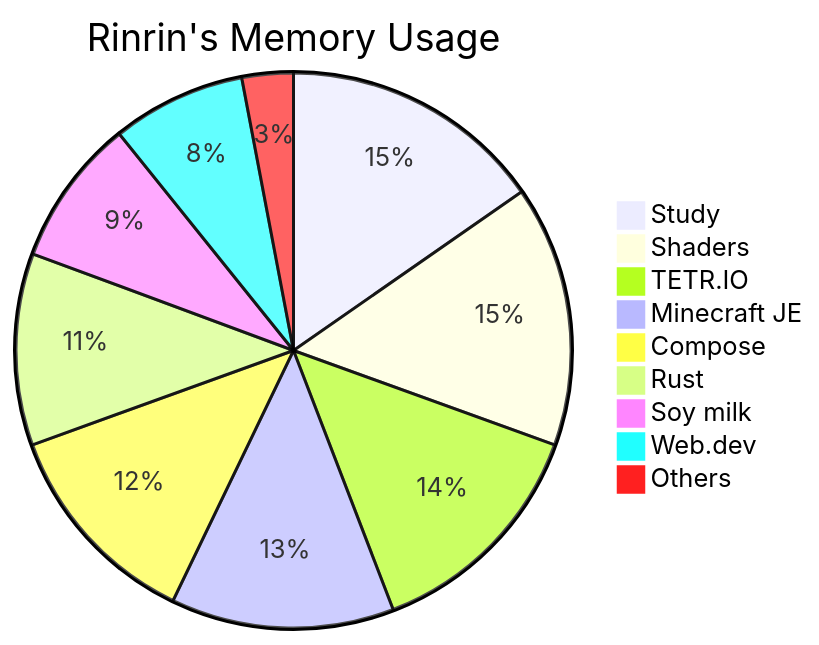
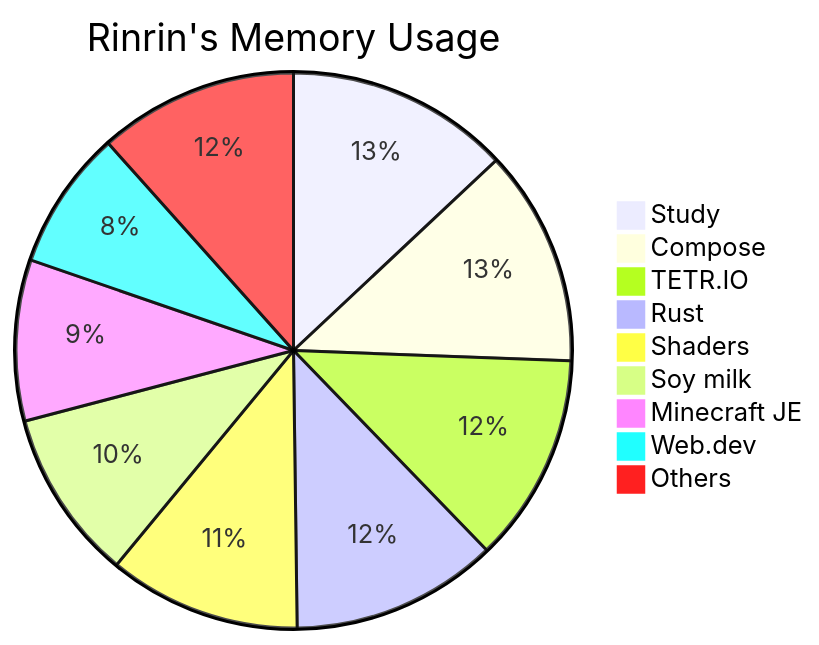
The diagram in README.md (Rinrin0413/Rinrin0413), drawn with Mermaid before and after one commit.

Commit message:
🔖 Update: Rinrin's Memory Usage

````diff
--- a/README.md
+++ b/README.md
@@ -77,12 +77,12 @@
 ```mermaid
 pie title Rinrin's Memory Usage
-    "Study": 118
-    "Shaders": 117
-    "TETR.IO": 105
-    "Minecraft JE": 100
-    "Compose": 95
+    "Study": 93
+    "Compose": 90
+    "TETR.IO": 87
     "Rust": 86
-    "Soy milk": 66
-    "Web.dev": 60
-    "Others": 23
+    "Shaders": 80
+    "Soy milk": 71
+    "Minecraft JE": 67
+    "Web.dev": 58
+    "Others": 83
 ```
````
